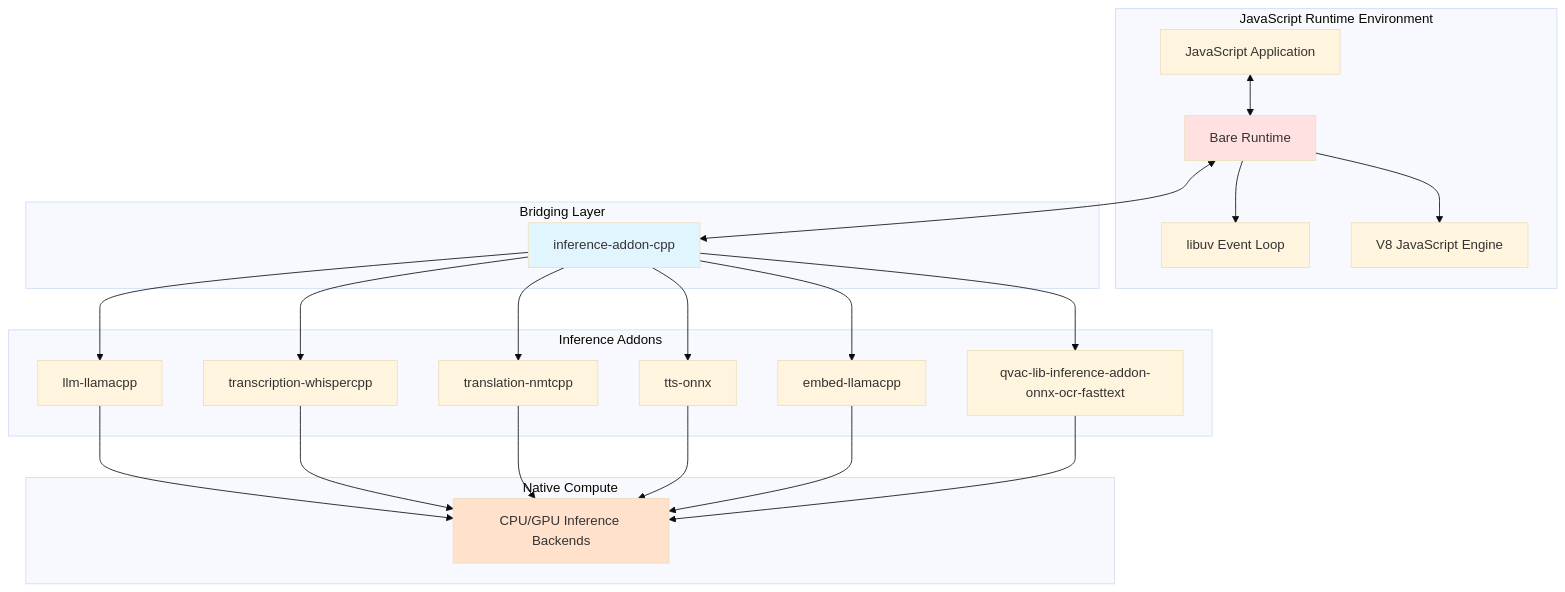
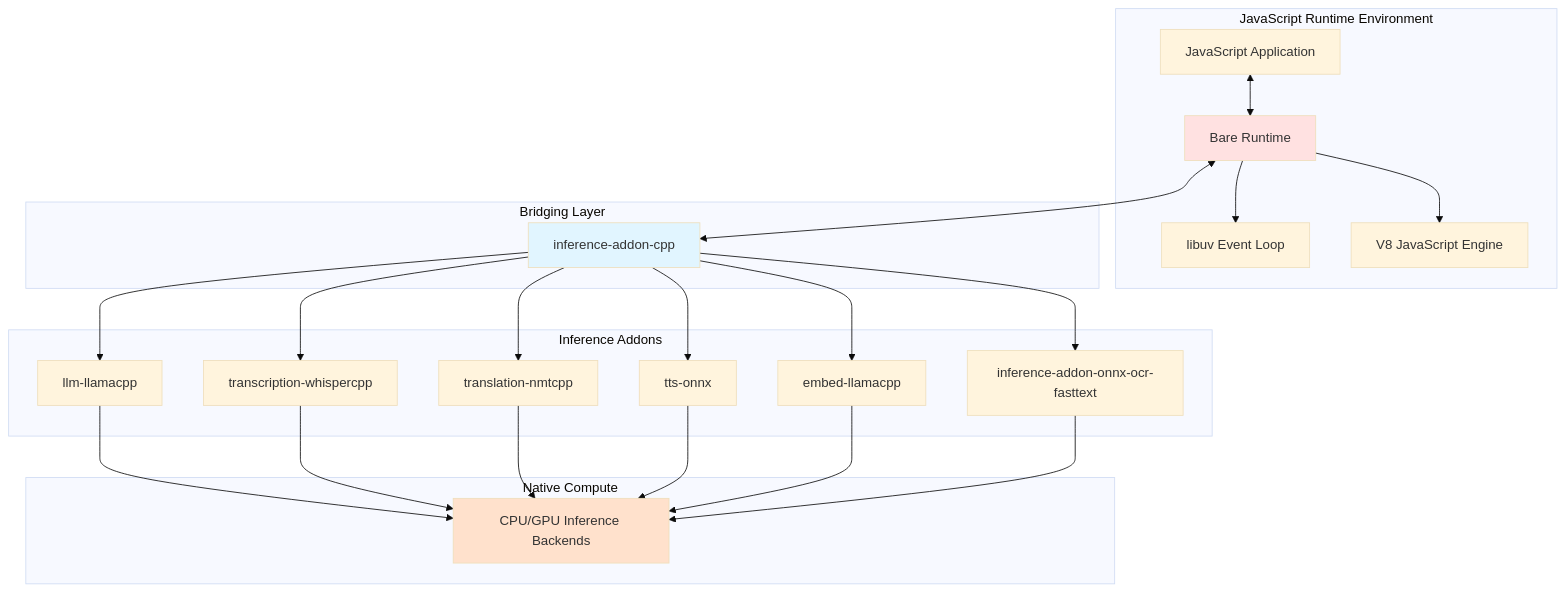
Before and after one commit to tetherto/qvac: the first of 3 diagrams in packages/inference-addon-cpp/docs/architecture.md, drawn with Mermaid (base theme). The commit also changed other lines of this file and 47 other files, not shown here.

````diff
--- a/packages/inference-addon-cpp/docs/architecture.md
+++ b/packages/inference-addon-cpp/docs/architecture.md
@@ -86,50 +86,50 @@
 ```mermaid
 graph TB
     subgraph "JavaScript Runtime Environment"
         APP[JavaScript Application]
         BARE[Bare Runtime]
         LIBUV[libuv Event Loop]
         V8[V8 JavaScript Engine]
         
         APP <--> BARE
         BARE --> LIBUV
         BARE --> V8
     end
     
     subgraph "Bridging Layer"
         ADDON_CPP[inference-addon-cpp]
     end
     
     subgraph "Inference Addons"
         LLAMA[llm-llamacpp]
         WHISPER[transcription-whispercpp]
         NMT[translation-nmtcpp]
         TTS[tts-onnx]
         EMBED[embed-llamacpp]
-        OCR[qvac-lib-inference-addon-onnx-ocr-fasttext]
+        OCR[inference-addon-onnx-ocr-fasttext]
     end
     
     subgraph "Native Compute"
         CPU_GPU[CPU/GPU Inference Backends]
     end
     
     BARE <--> ADDON_CPP
     
     ADDON_CPP --> LLAMA
     ADDON_CPP --> WHISPER
     ADDON_CPP --> NMT
     ADDON_CPP --> TTS
     ADDON_CPP --> EMBED
     ADDON_CPP --> OCR
     
     LLAMA --> CPU_GPU
     WHISPER --> CPU_GPU
     NMT --> CPU_GPU
     TTS --> CPU_GPU
     EMBED --> CPU_GPU
     OCR --> CPU_GPU
     
     style ADDON_CPP fill:#e1f5ff
     style BARE fill:#ffe1e1
     style CPU_GPU fill:#ffe1cc
 ```
````
